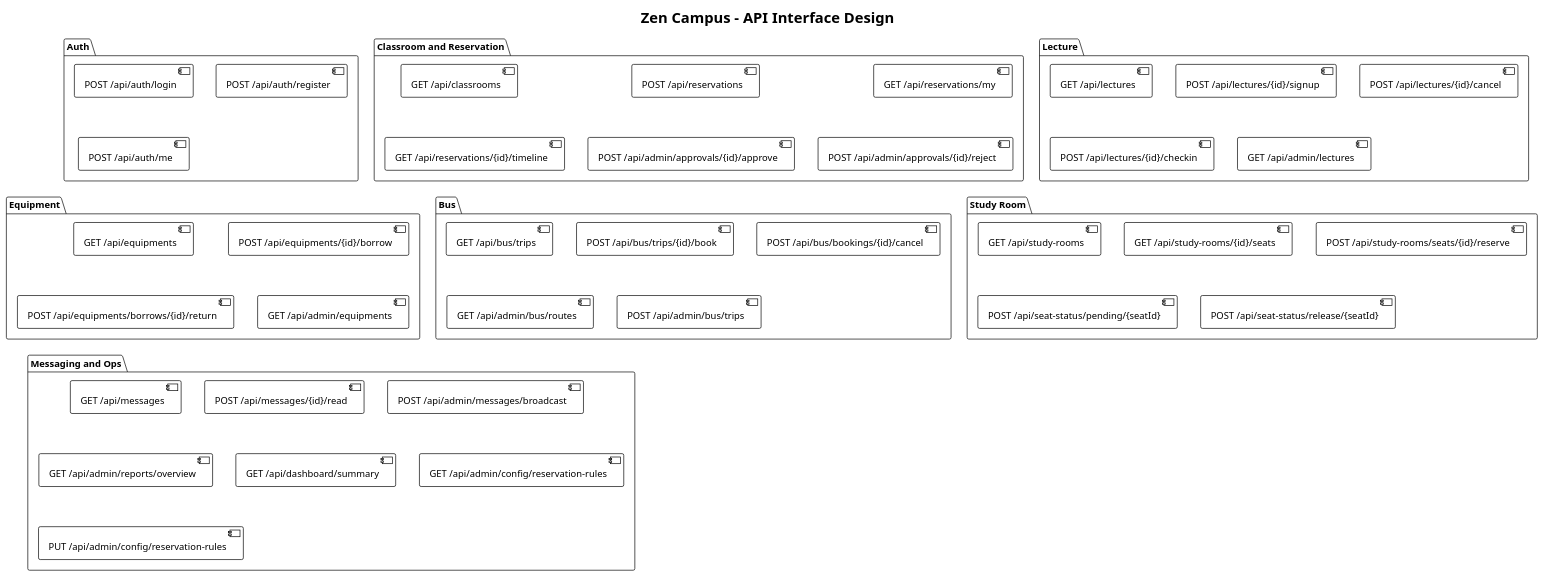
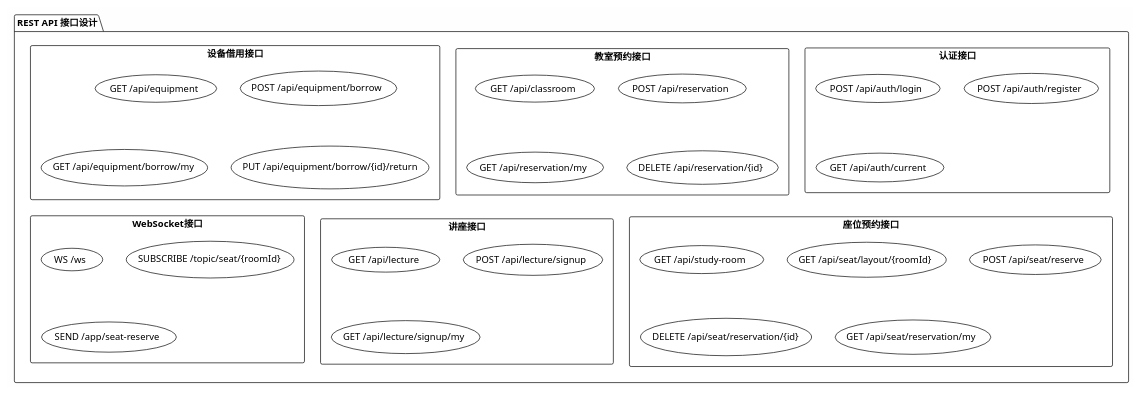
Before and after one commit to ooyyh/zen: the diagram in report/result/charts/07_API_Interface_Design.puml, drawn with PlantUML. The commit also changed 40 other files, not shown here.

```diff
--- a/report/result/charts/07_API_Interface_Design.puml
+++ b/report/result/charts/07_API_Interface_Design.puml
@@ -1,63 +1,48 @@
-@startuml API Design
+@startuml API_Interface_Design
 !theme plain
-skinparam backgroundColor #FFFFFF
+skinparam backgroundColor #FEFEFE
+skinparam classBackgroundColor #F0F0F0
 
-title Zen Campus - API Interface Design
+package "REST API 接口设计" {
+    rectangle "认证接口" {
+        usecase "POST /api/auth/login" as API1
+        usecase "POST /api/auth/register" as API2
+        usecase "GET /api/auth/current" as API3
+    }
 
-package "Auth" {
-  [POST /api/auth/login]
-  [POST /api/auth/register]
-  [POST /api/auth/me]
-}
+    rectangle "教室预约接口" {
+        usecase "GET /api/classroom" as API4
+        usecase "POST /api/reservation" as API5
+        usecase "GET /api/reservation/my" as API6
+        usecase "DELETE /api/reservation/{id}" as API7
+    }
 
-package "Classroom and Reservation" {
-  [GET /api/classrooms]
-  [POST /api/reservations]
-  [GET /api/reservations/my]
-  [GET /api/reservations/{id}/timeline]
-  [POST /api/admin/approvals/{id}/approve]
-  [POST /api/admin/approvals/{id}/reject]
-}
+    rectangle "设备借用接口" {
+        usecase "GET /api/equipment" as API8
+        usecase "POST /api/equipment/borrow" as API9
+        usecase "GET /api/equipment/borrow/my" as API10
+        usecase "PUT /api/equipment/borrow/{id}/return" as API11
+    }
 
-package "Lecture" {
-  [GET /api/lectures]
-  [POST /api/lectures/{id}/signup]
-  [POST /api/lectures/{id}/cancel]
-  [POST /api/lectures/{id}/checkin]
-  [GET /api/admin/lectures]
-}
+    rectangle "座位预约接口" {
+        usecase "GET /api/study-room" as API12
+        usecase "GET /api/seat/layout/{roomId}" as API13
+        usecase "POST /api/seat/reserve" as API14
+        usecase "DELETE /api/seat/reservation/{id}" as API15
+        usecase "GET /api/seat/reservation/my" as API16
+    }
 
-package "Equipment" {
-  [GET /api/equipments]
-  [POST /api/equipments/{id}/borrow]
-  [POST /api/equipments/borrows/{id}/return]
-  [GET /api/admin/equipments]
-}
+    rectangle "讲座接口" {
+        usecase "GET /api/lecture" as API17
+        usecase "POST /api/lecture/signup" as API18
+        usecase "GET /api/lecture/signup/my" as API19
+    }
 
-package "Bus" {
-  [GET /api/bus/trips]
-  [POST /api/bus/trips/{id}/book]
-  [POST /api/bus/bookings/{id}/cancel]
-  [GET /api/admin/bus/routes]
-  [POST /api/admin/bus/trips]
-}
-
-package "Study Room" {
-  [GET /api/study-rooms]
-  [GET /api/study-rooms/{id}/seats]
-  [POST /api/study-rooms/seats/{id}/reserve]
-  [POST /api/seat-status/pending/{seatId}]
-  [POST /api/seat-status/release/{seatId}]
-}
-
-package "Messaging and Ops" {
-  [GET /api/messages]
-  [POST /api/messages/{id}/read]
-  [POST /api/admin/messages/broadcast]
-  [GET /api/admin/reports/overview]
-  [GET /api/dashboard/summary]
-  [GET /api/admin/config/reservation-rules]
-  [PUT /api/admin/config/reservation-rules]
+    rectangle "WebSocket接口" {
+        usecase "WS /ws" as API20
+        usecase "SUBSCRIBE /topic/seat/{roomId}" as API21
+        usecase "SEND /app/seat-reserve" as API22
+    }
 }
 
 @enduml
```
